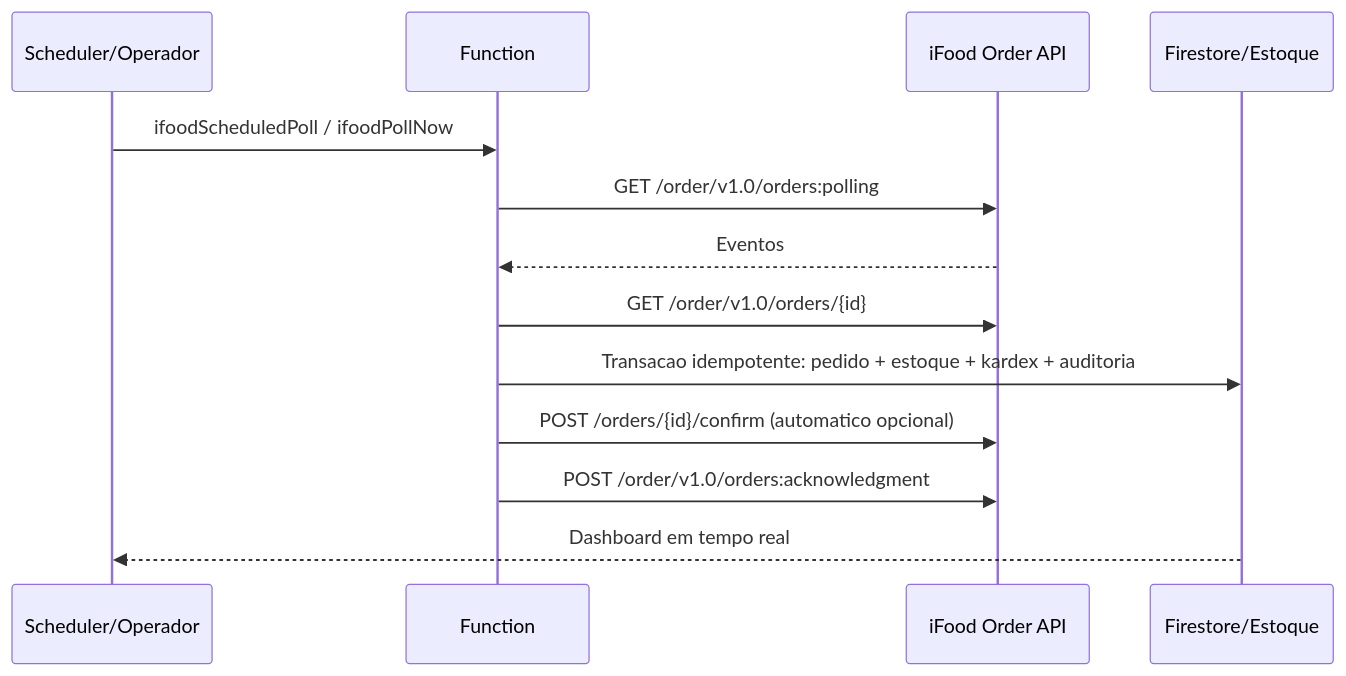
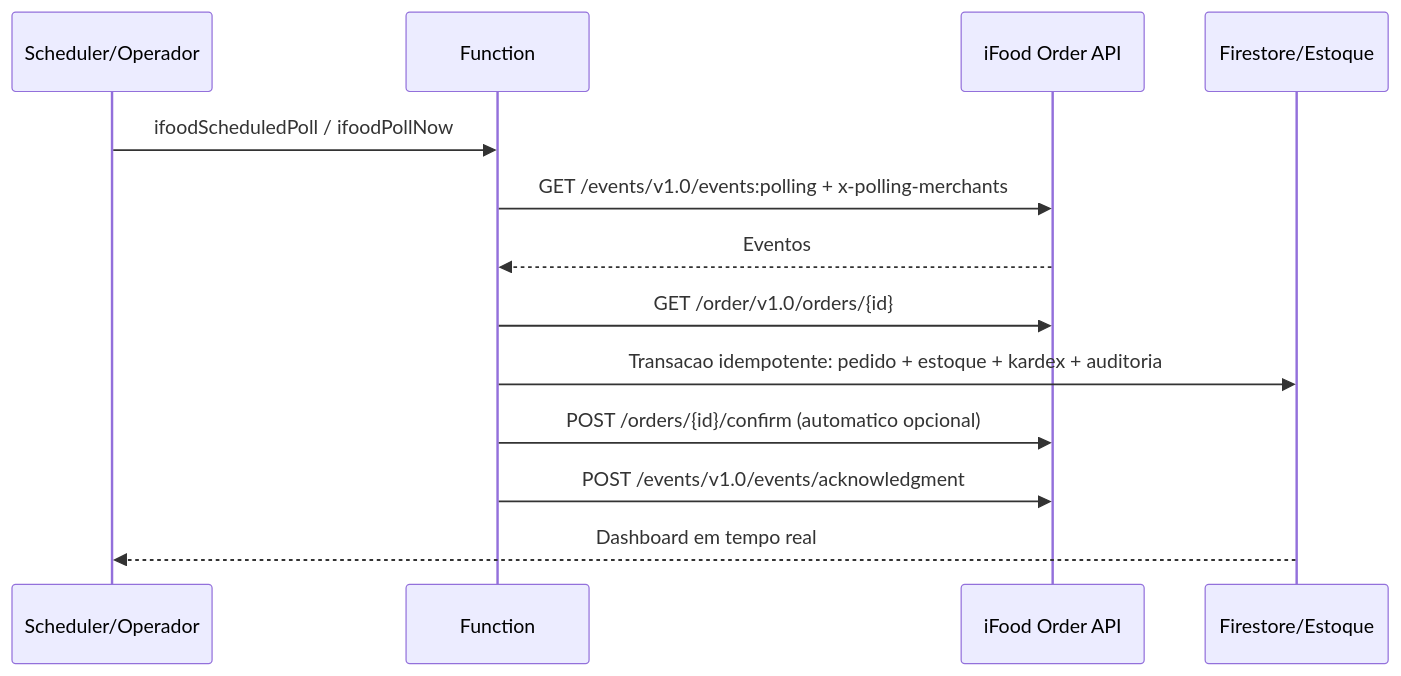
One commit to antoniopedrocm/projeto-doceria changed the second of 2 diagrams in docs-ifood-hub.md. Above: the diagram before and after it, drawn with Mermaid. The commit also changed other lines of this file and 2 other files, not shown here.

Commit message:
fix: use ifood events polling endpoint

````diff
--- a/docs-ifood-hub.md
+++ b/docs-ifood-hub.md
@@ -40,15 +40,15 @@
 ```mermaid
 sequenceDiagram
   participant S as Scheduler/Operador
   participant F as Function
   participant I as iFood Order API
   participant D as Firestore/Estoque
   S->>F: ifoodScheduledPoll / ifoodPollNow
-  F->>I: GET /order/v1.0/orders:polling
+  F->>I: GET /events/v1.0/events:polling + x-polling-merchants
   I-->>F: Eventos
   F->>I: GET /order/v1.0/orders/{id}
   F->>D: Transacao idempotente: pedido + estoque + kardex + auditoria
   F->>I: POST /orders/{id}/confirm (automatico opcional)
-  F->>I: POST /order/v1.0/orders:acknowledgment
+  F->>I: POST /events/v1.0/events/acknowledgment
   D-->>S: Dashboard em tempo real
 ```
````
